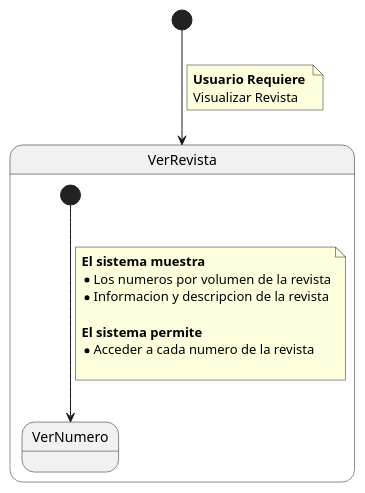
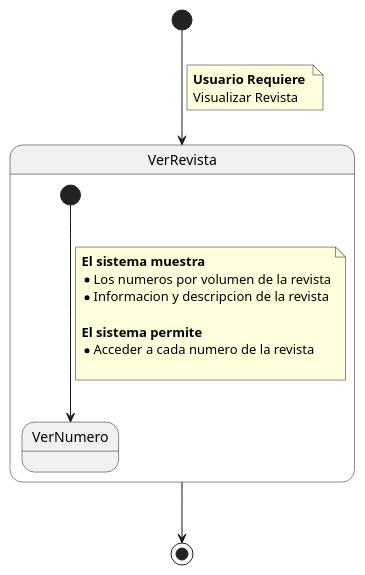
One commit to mmasias/IdSw1-22-23 changed the diagram in 000-entregas/Grupo4/ProyectoEditorial/CasosDeUso/DetallarCasosDeUso/VerRevista.puml. Above: the diagram before and after it, drawn with PlantUML. The commit also changed 48 other files, not shown here.

```diff
--- a/000-entregas/Grupo4/ProyectoEditorial/CasosDeUso/DetallarCasosDeUso/VerRevista.puml
+++ b/000-entregas/Grupo4/ProyectoEditorial/CasosDeUso/DetallarCasosDeUso/VerRevista.puml
@@ -1,29 +1,30 @@
 @startuml Detalle Caso de Uso Ver Revista
 
 State VerRevista {
 
     State VerNumero 
     [*] ---> VerNumero
     note on link
         **El sistema muestra **
         * Los numeros por volumen de la revista
         * Informacion y descripcion de la revista
         
         **El sistema permite **
         * Acceder a cada numero de la revista
 
     end note
 
 }
 
 [*] --> VerRevista
 note on link
     **Usuario Requiere **
     Visualizar Revista
 end note
 
+VerRevista --> [*]
 
 
 
 
 @enduml
```
